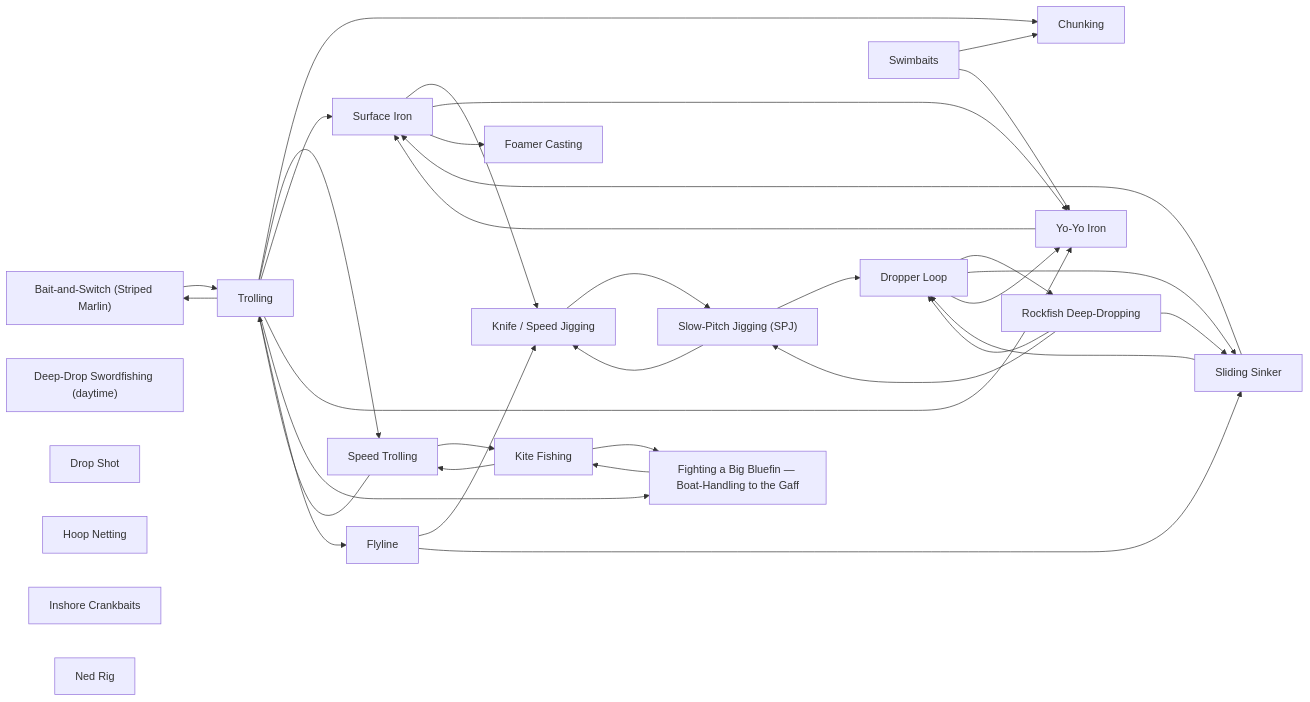
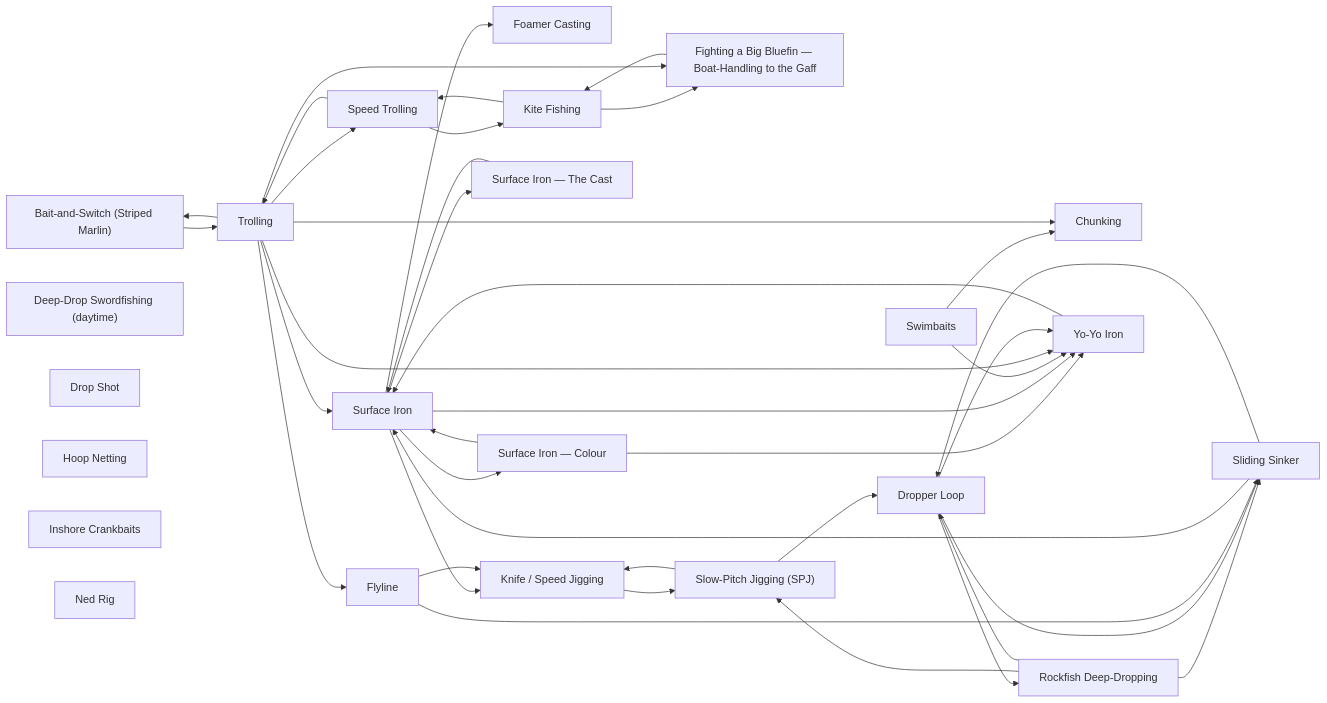
The diagram in techniques/README.md (camchuckpete-max/Socal-Fishing-Knowledge), drawn with Mermaid before and after one commit. The commit also changed other lines of this file and 30 other files, not shown here.

First line of the commit message:
Phase 3 part 2: Strictly Irons read in full — 6 new notes, surface-iron split

````diff
--- a/techniques/README.md
+++ b/techniques/README.md
@@ -34,56 +36,63 @@
 ```mermaid
 graph LR
   n0["Bait-and-Switch (Striped Marlin)"]
   n1["Chunking"]
   n2["Deep-Drop Swordfishing (daytime)"]
   n3["Drop Shot"]
   n4["Dropper Loop"]
   n5["Fighting a Big Bluefin — Boat-Handling to the Gaff"]
   n6["Flyline"]
   n7["Foamer Casting"]
   n8["Hoop Netting"]
   n9["Inshore Crankbaits"]
   n10["Kite Fishing"]
   n11["Knife / Speed Jigging"]
   n12["Ned Rig"]
   n13["Rockfish Deep-Dropping"]
   n14["Sliding Sinker"]
   n15["Slow-Pitch Jigging (SPJ)"]
   n16["Speed Trolling"]
-  n17["Surface Iron"]
-  n18["Swimbaits"]
-  n19["Trolling"]
-  n20["Yo-Yo Iron"]
-  n0 --> n19
+  n17["Surface Iron — The Cast"]
+  n18["Surface Iron — Colour"]
+  n19["Surface Iron"]
+  n20["Swimbaits"]
+  n21["Trolling"]
+  n22["Yo-Yo Iron"]
+  n0 --> n21
   n10 --> n16
   n10 --> n5
   n11 --> n15
   n13 --> n14
   n13 --> n15
   n13 --> n4
-  n14 --> n17
+  n14 --> n19
   n14 --> n4
   n15 --> n11
   n15 --> n4
   n16 --> n10
-  n16 --> n19
-  n17 --> n11
-  n17 --> n20
-  n17 --> n7
-  n18 --> n1
-  n18 --> n20
-  n19 --> n0
-  n19 --> n1
-  n19 --> n16
+  n16 --> n21
+  n17 --> n19
+  n18 --> n19
+  n18 --> n22
+  n19 --> n11
   n19 --> n17
-  n19 --> n20
-  n19 --> n5
-  n19 --> n6
-  n20 --> n17
+  n19 --> n18
+  n19 --> n22
+  n19 --> n7
+  n20 --> n1
+  n20 --> n22
+  n21 --> n0
+  n21 --> n1
+  n21 --> n16
+  n21 --> n19
+  n21 --> n22
+  n21 --> n5
+  n21 --> n6
+  n22 --> n19
   n4 --> n13
   n4 --> n14
-  n4 --> n20
+  n4 --> n22
   n5 --> n10
   n6 --> n11
   n6 --> n14
 ```
````
